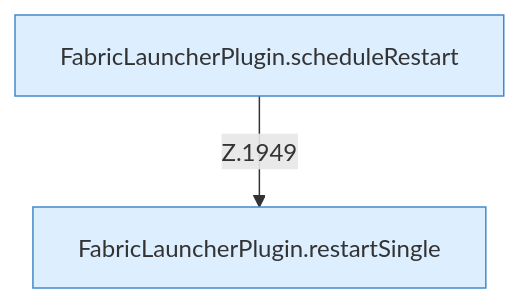
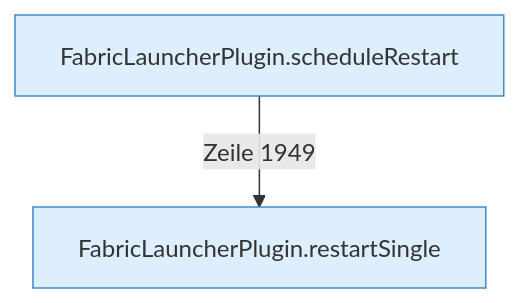
The diagram in Neustart.md (PrinceDiamant/minecraft-serverhoster-plugin), drawn with Mermaid before and after one commit. The commit also changed other lines of this file and 2005 other files, not shown here.

````diff
--- a/Neustart.md
+++ b/Neustart.md
@@ -5,8 +5,8 @@
 ```mermaid
 flowchart TD
   n1["FabricLauncherPlugin.scheduleRestart"]:::internal-link
   n2["FabricLauncherPlugin.restartSingle"]:::internal-link
-  n1 -->|"Z.1949"| n2
+  n1 -->|"Zeile 1949"| n2
   classDef internal-link fill:#ddeeff,stroke:#4488cc
   classDef befund fill:#f88
 ```
````
